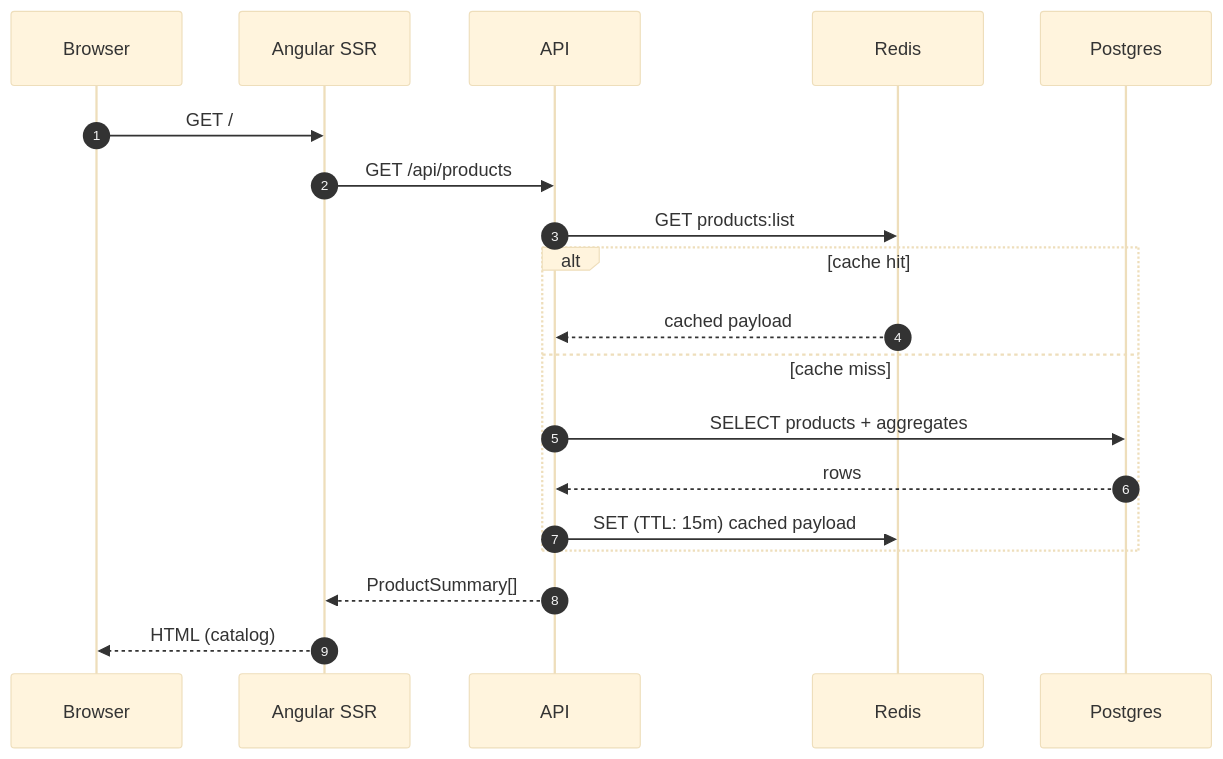
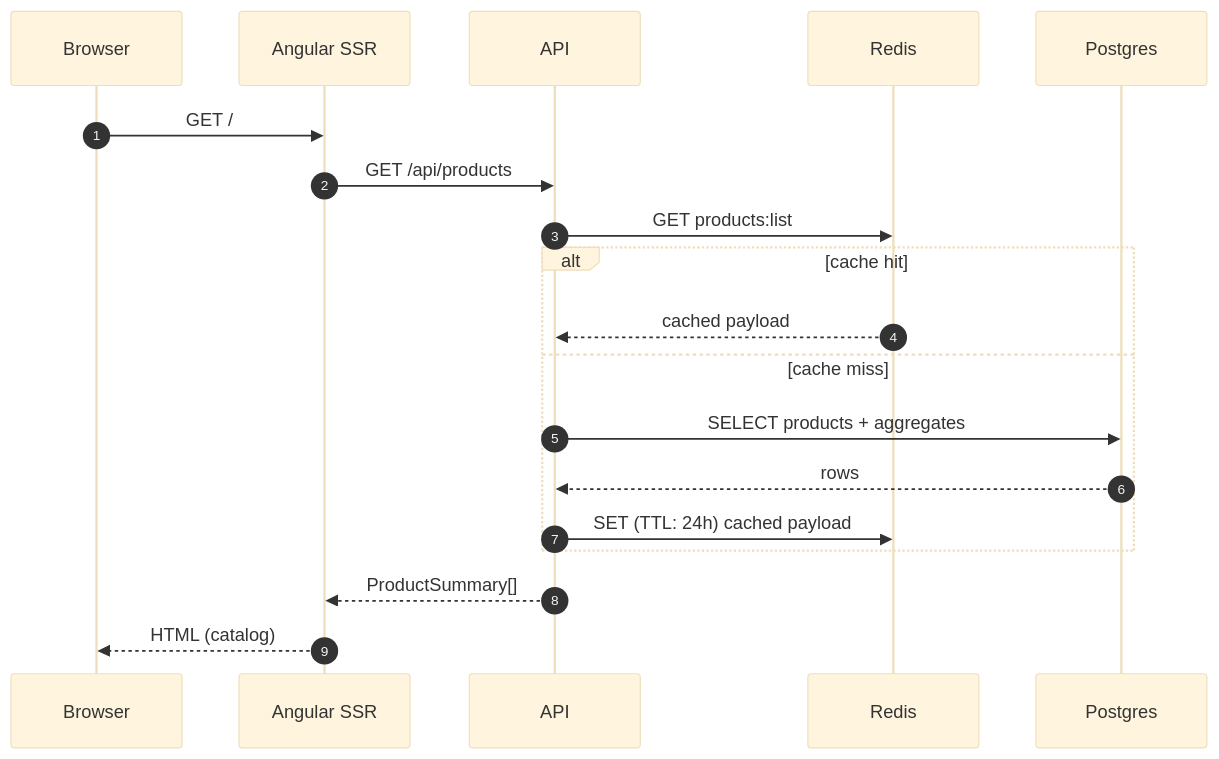
Before and after one commit to KaliCZ/reviews: the third of 12 diagrams in docs/flows.md, drawn with Mermaid (base theme). The commit also changed other lines of this file and 2 other files, not shown here.

Commit message:
Bump all read-path cache TTLs to 24h
Same justification as the first-page change: the InvalidateProductCaches
activity at the end of every mutating workflow blows away all three
keys (products:list, products:slug:{slug}, reviews:slug:{slug}:page:1),
so TTL is just a backstop, not load-bearing.

Also clarify in the README table that the product detail key holds
metadata + average rating + review count (not the reviews themselves).

````diff
--- a/docs/flows.md
+++ b/docs/flows.md
@@ -78,24 +78,24 @@
 ```mermaid
 sequenceDiagram
     autonumber
     participant B as Browser
     participant S as Angular SSR
     participant A as API
     participant R as Redis
     participant P as Postgres
 
     B->>S: GET /
     S->>A: GET /api/products
     A->>R: GET products:list
 
     alt cache hit
         R-->>A: cached payload
     else cache miss
         A->>P: SELECT products + aggregates
         P-->>A: rows
-        A->>R: SET (TTL: 15m) cached payload
+        A->>R: SET (TTL: 24h) cached payload
     end
 
     A-->>S: ProductSummary[]
     S-->>B: HTML (catalog)
 ```
````
